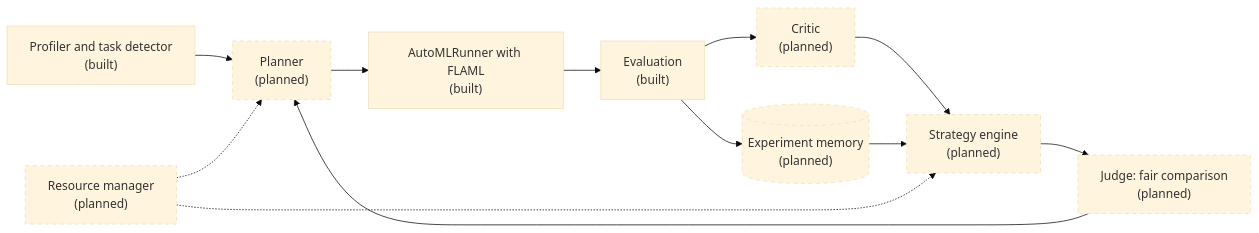
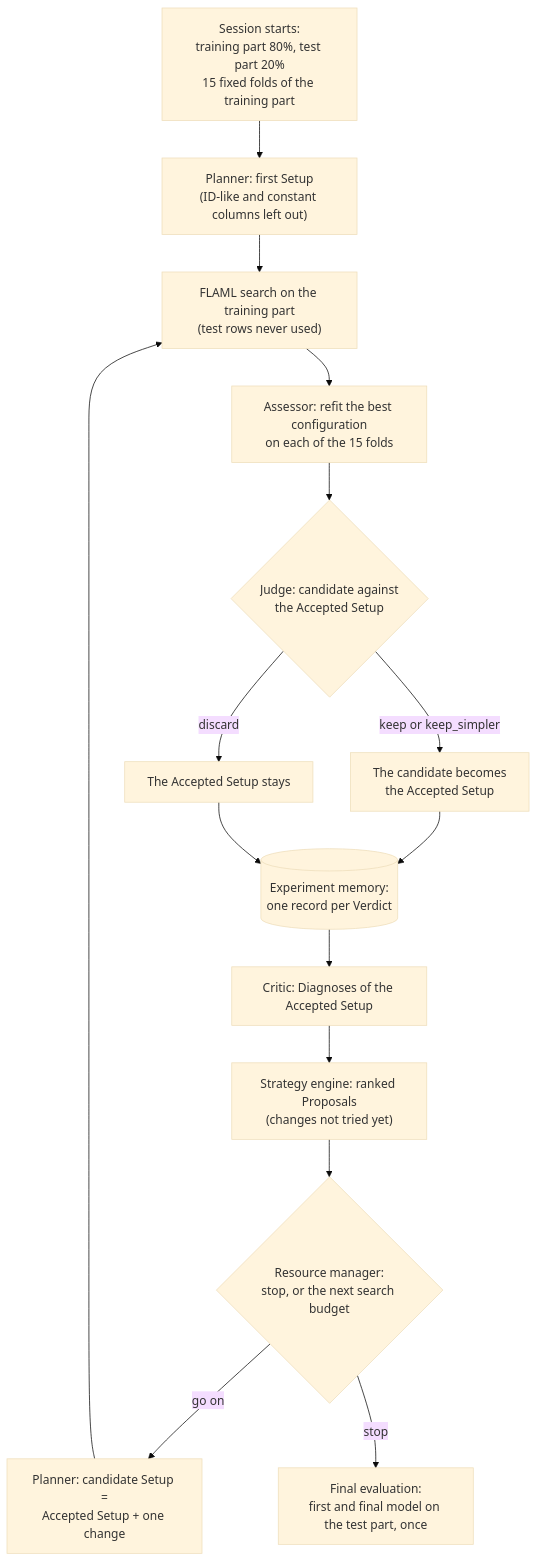
The tenth of 10 diagrams in docs/imp/how-it-works.md (Priyanshukv06/autopilot-ml), drawn with Mermaid (base theme) before and after one commit. The commit also changed other lines of this file and 9 other files, not shown here.

First line of the commit message:
docs: measure Phase 2 against FLAML alone and describe the autonomous layer

````diff
--- a/docs/imp/how-it-works.md
+++ b/docs/imp/how-it-works.md
@@ -667,16 +671,17 @@
 ```mermaid
-flowchart LR
-    PROF["Profiler and task detector<br/>(built)"] --> PLAN["Planner<br/>(planned)"]
-    PLAN --> RUN["AutoMLRunner with FLAML<br/>(built)"]
-    RUN --> EVAL["Evaluation<br/>(built)"]
-    EVAL --> CRIT["Critic<br/>(planned)"]
-    CRIT --> STRAT["Strategy engine<br/>(planned)"]
-    STRAT --> JUDGE["Judge: fair comparison<br/>(planned)"]
-    JUDGE --> PLAN
-    EVAL --> MEM[("Experiment memory<br/>(planned)")]
-    MEM --> STRAT
-    RES["Resource manager<br/>(planned)"] -.-> PLAN
-    RES -.-> STRAT
-    classDef planned stroke-dasharray: 5 5
-    class PLAN,CRIT,STRAT,JUDGE,MEM,RES planned
+flowchart TD
+    START["Session starts:<br/>training part 80%, test part 20%<br/>15 fixed folds of the training part"] --> FIRST["Planner: first Setup<br/>(ID-like and constant columns left out)"]
+    FIRST --> SEARCH["FLAML search on the training part<br/>(test rows never used)"]
+    SEARCH --> ASSESS["Assessor: refit the best configuration<br/>on each of the 15 folds"]
+    ASSESS --> JUDGE{"Judge: candidate against<br/>the Accepted Setup"}
+    JUDGE -->|keep or keep_simpler| ACCEPT["The candidate becomes<br/>the Accepted Setup"]
+    JUDGE -->|discard| STAY["The Accepted Setup stays"]
+    ACCEPT --> MEM[("Experiment memory:<br/>one record per Verdict")]
+    STAY --> MEM
+    MEM --> CRITIC["Critic: Diagnoses of the Accepted Setup"]
+    CRITIC --> STRAT["Strategy engine: ranked Proposals<br/>(changes not tried yet)"]
+    STRAT --> RES{"Resource manager:<br/>stop, or the next search budget"}
+    RES -->|go on| CAND["Planner: candidate Setup =<br/>Accepted Setup + one change"]
+    CAND --> SEARCH
+    RES -->|stop| FINAL["Final evaluation:<br/>first and final model on the test part, once"]
 ```
````
